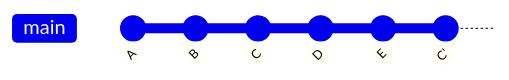
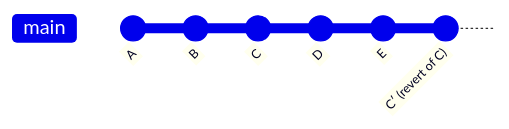
One commit to min-omniai/git-github changed the diagram in reset-revert-checkout/06-revert.md. Above: the diagram before and after it, drawn with Mermaid.

````diff
--- a/reset-revert-checkout/06-revert.md
+++ b/reset-revert-checkout/06-revert.md
@@ -8,9 +8,9 @@
 ```mermaid
 gitGraph
    commit id:"A"
    commit id:"B"
    commit id:"C"
    commit id:"D"
    commit id:"E"
-   commit id:"C'"
+   commit id:"C′ (revert of C)"
 ```
````
